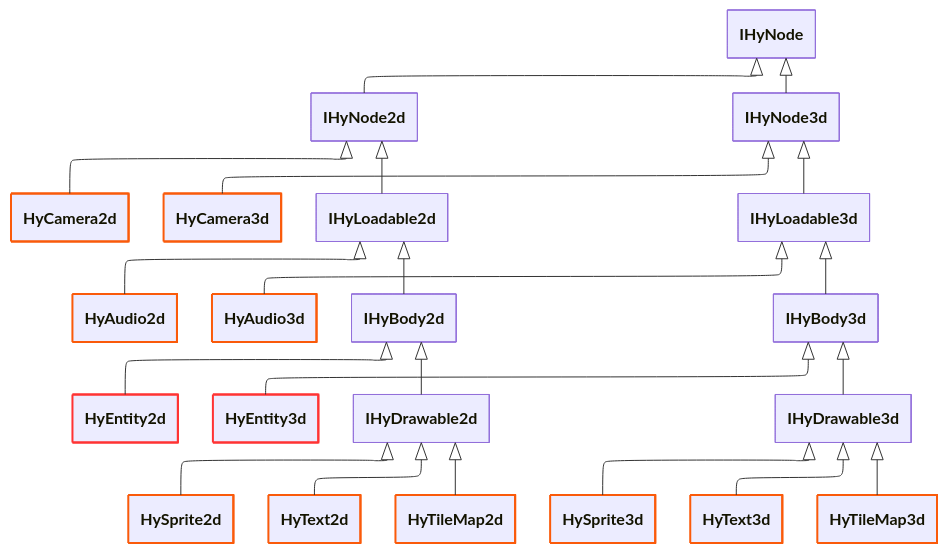
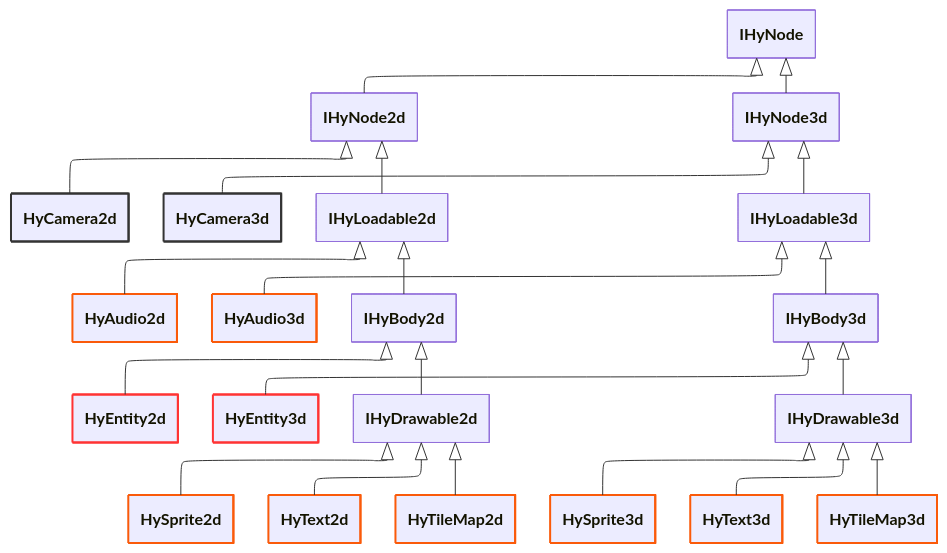
Before and after one commit to GameOverture/HyWebsite: the first of 2 diagrams in mkdocs/docs/programming/scene/item-nodes.md, drawn with Mermaid. The commit also changed other lines of this file and 3 other files, not shown here.

````diff
--- a/mkdocs/docs/programming/scene/item-nodes.md
+++ b/mkdocs/docs/programming/scene/item-nodes.md
@@ -76,46 +94,47 @@
 ``` mermaid
 ---
 config:
   class:
     hideEmptyMembersBox: true
   layout: elk
 ---
 classDiagram
 
 IHyNode <|-- IHyNode2d
 IHyNode <|-- IHyNode3d
 IHyNode2d <|-- HyCamera2d
 IHyNode3d <|-- HyCamera3d
 IHyNode2d <|-- IHyLoadable2d
 IHyNode3d <|-- IHyLoadable3d
 IHyLoadable2d <|-- HyAudio2d
 IHyLoadable3d <|-- HyAudio3d
 IHyLoadable2d <|-- IHyBody2d
 IHyLoadable3d <|-- IHyBody3d
 IHyBody2d <|-- HyEntity2d
 IHyBody3d <|-- HyEntity3d
 IHyBody2d <|-- IHyDrawable2d
 IHyBody3d <|-- IHyDrawable3d
 IHyDrawable2d <|-- HySprite2d
 IHyDrawable2d <|-- HyText2d
 IHyDrawable2d <|-- HyTileMap2d
 IHyDrawable3d <|-- HySprite3d
 IHyDrawable3d <|-- HyText3d
 IHyDrawable3d <|-- HyTileMap3d
 
-class HyCamera2d:::Concrete
-class HyCamera3d:::Concrete
+class HyCamera2d:::Camera
+class HyCamera3d:::Camera
 class HyAudio2d:::Concrete
 class HyAudio3d:::Concrete
 class HyEntity2d:::Entity
 class HyEntity3d:::Entity
 class HySprite2d:::Concrete
 class HyText2d:::Concrete
 class HyTileMap2d:::Concrete
 class HySprite3d:::Concrete
 class HyText3d:::Concrete
 class HyTileMap3d:::Concrete
 
+classDef Camera :,stroke-width:2px,stroke:#333333,
 classDef Concrete :,stroke-width:2px,stroke:#FA5A0A,
 classDef Entity :,stroke-width:2px,stroke:#FF3333,
 ```
````
